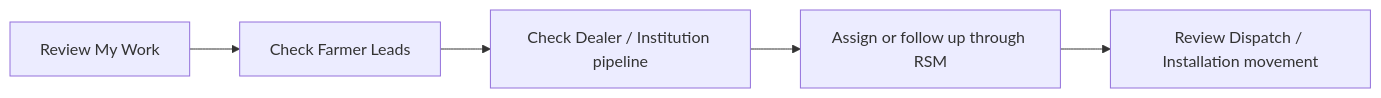
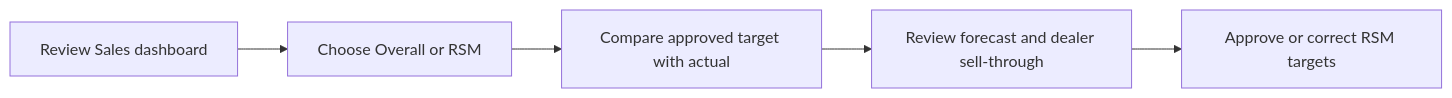
Before and after one commit to harsha-jivawater/jiva-farm-os: the third of 28 diagrams in docs/ROLE_BASED_USAGE_MANUAL.md, drawn with Mermaid. The commit also changed other lines of this file and 11 other files, not shown here.

````diff
--- a/docs/ROLE_BASED_USAGE_MANUAL.md
+++ b/docs/ROLE_BASED_USAGE_MANUAL.md
@@ -427,7 +443,7 @@
 ```mermaid
 flowchart LR
-  A["Review My Work"] --> B["Check Farmer Leads"]
-  B --> C["Check Dealer / Institution pipeline"]
-  C --> D["Assign or follow up through RSM"]
-  D --> E["Review Dispatch / Installation movement"]
+  A["Review Sales dashboard"] --> B["Choose Overall or RSM"]
+  B --> C["Compare approved target with actual"]
+  C --> D["Review forecast and dealer sell-through"]
+  D --> E["Approve or correct RSM targets"]
 ```
````
